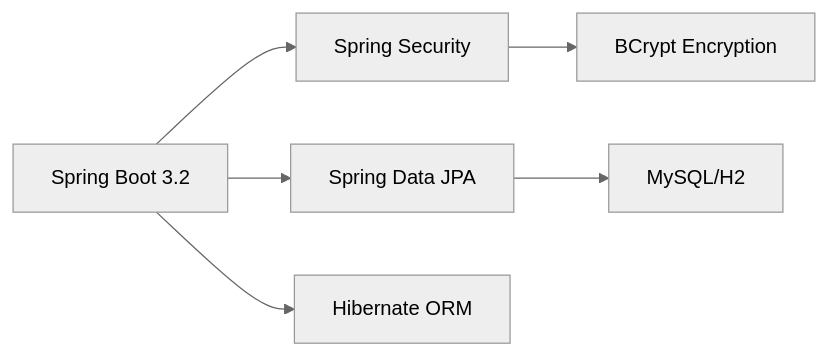
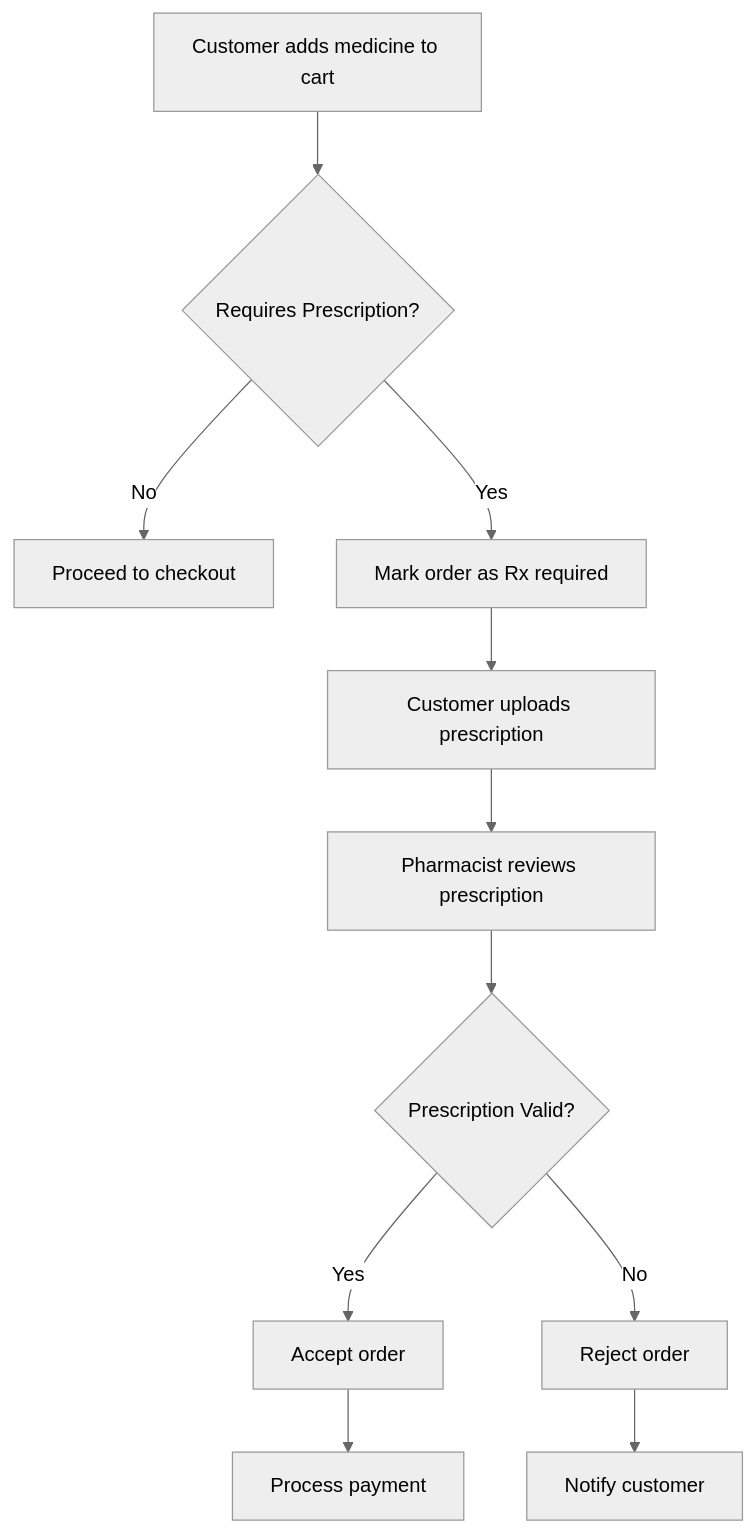
The diagram in README.md (Karthik-006-lgtm/pharmacy-management-system), drawn with Mermaid (neutral theme) before and after one commit. The commit also changed other lines of this file and 41 other files, not shown here.

````diff
--- a/README.md
+++ b/README.md
@@ -146,8 +663,13 @@
 ```mermaid
-graph LR
-    A[Spring Boot 3.2] --> B[Spring Security]
-    A --> C[Spring Data JPA]
-    A --> D[Hibernate ORM]
-    B --> E[BCrypt Encryption]
-    C --> F[MySQL/H2]
+graph TD
+    A[Customer adds medicine to cart] --> B{Requires Prescription?}
+    B -->|No| C[Proceed to checkout]
+    B -->|Yes| D[Mark order as Rx required]
+    D --> E[Customer uploads prescription]
+    E --> F[Pharmacist reviews prescription]
+    F --> G{Prescription Valid?}
+    G -->|Yes| H[Accept order]
+    G -->|No| I[Reject order]
+    H --> J[Process payment]
+    I --> K[Notify customer]
 ```
````
